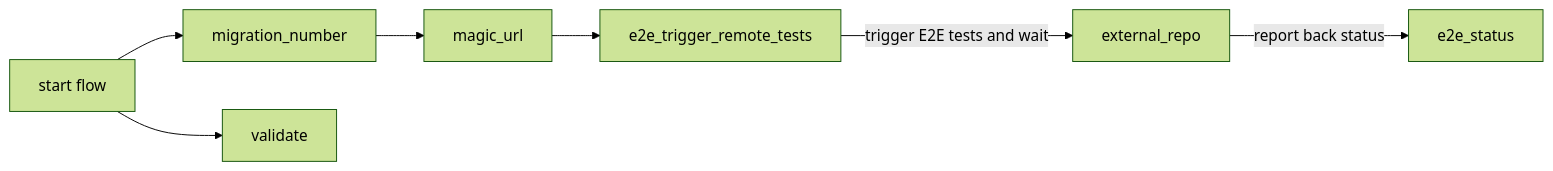
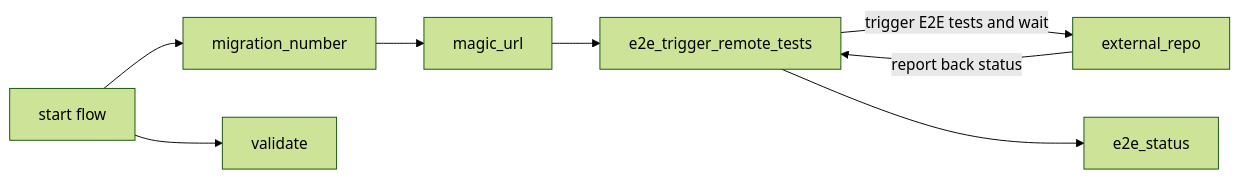
Before and after one commit to JupiterOne/.github: the third of 3 diagrams in .github/workflows/docs/frontend/frontend_runtime_utility_pr.md, drawn with Mermaid (forest theme). The commit also changed other lines of this file and 7 other files, not shown here.

Commit message:
refactor-frontend-flow -- update fallback runner

````diff
--- a/.github/workflows/docs/frontend/frontend_runtime_utility_pr.md
+++ b/.github/workflows/docs/frontend/frontend_runtime_utility_pr.md
@@ -107,16 +107,16 @@
 ```mermaid
 graph LR;
     A[start flow];
 
     B[migration_number];
     C[validate];
     D[magic_url];
     E[e2e_trigger_remote_tests];
     F[external_repo];
     G[e2e_status];
 
-    B --> D --> E -->|trigger E2E tests and wait| F -->|report back status| G;
+    B --> D --> E -->|trigger E2E tests and wait| F -->|report back status| E --> G;
 
     A --> B;
     A --> C;
 ```
````
